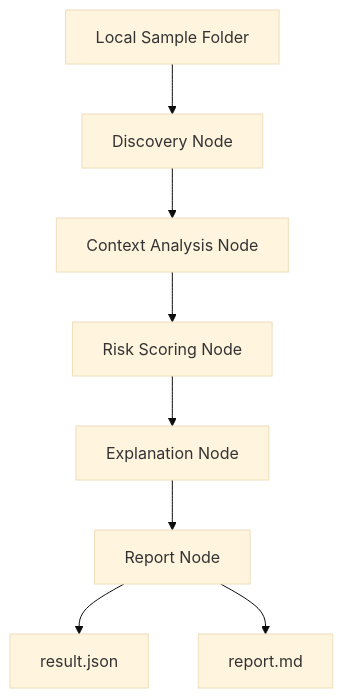
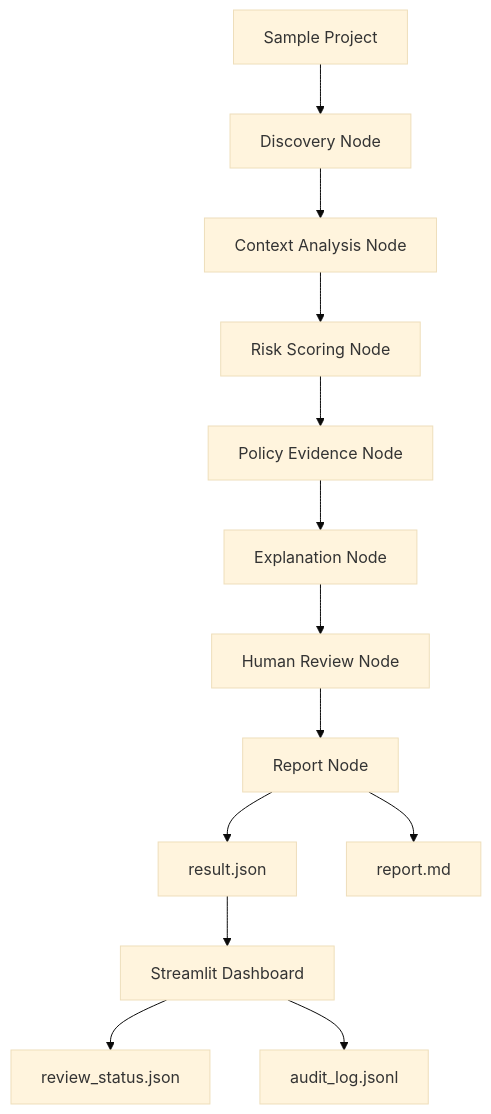
One commit to KoYejun/NHI_Project changed the diagram in README.md. Above: the diagram before and after it, drawn with Mermaid (base theme). The commit also changed other lines of this file and 1 other file, not shown here.

````diff
--- a/README.md
+++ b/README.md
@@ -62,10 +34,15 @@
 ```mermaid
 flowchart TD
-    A[Local Sample Folder] --> B[Discovery Node]
+    A[Sample Project] --> B[Discovery Node]
     B --> C[Context Analysis Node]
     C --> D[Risk Scoring Node]
-    D --> E[Explanation Node]
-    E --> F[Report Node]
-    F --> G[result.json]
-    F --> H[report.md]
+    D --> E[Policy Evidence Node]
+    E --> F[Explanation Node]
+    F --> G[Human Review Node]
+    G --> H[Report Node]
+    H --> I[result.json]
+    H --> J[report.md]
+    I --> K[Streamlit Dashboard]
+    K --> L[review_status.json]
+    K --> M[audit_log.jsonl]
 ```
````
